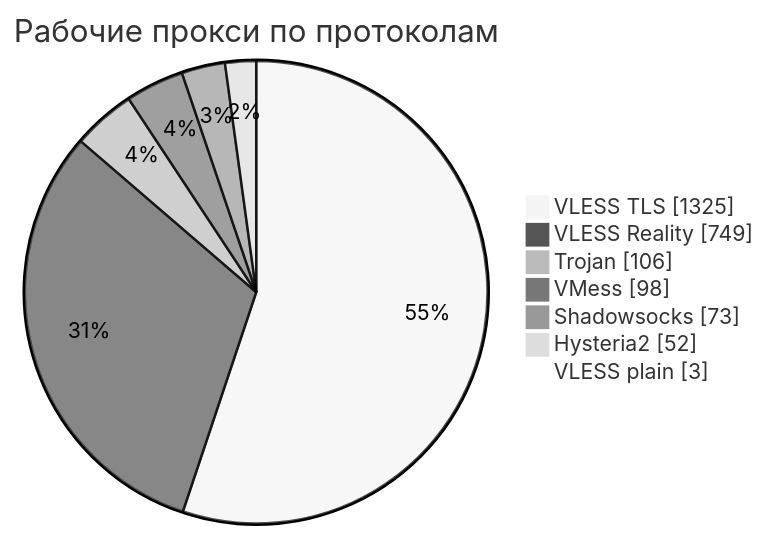
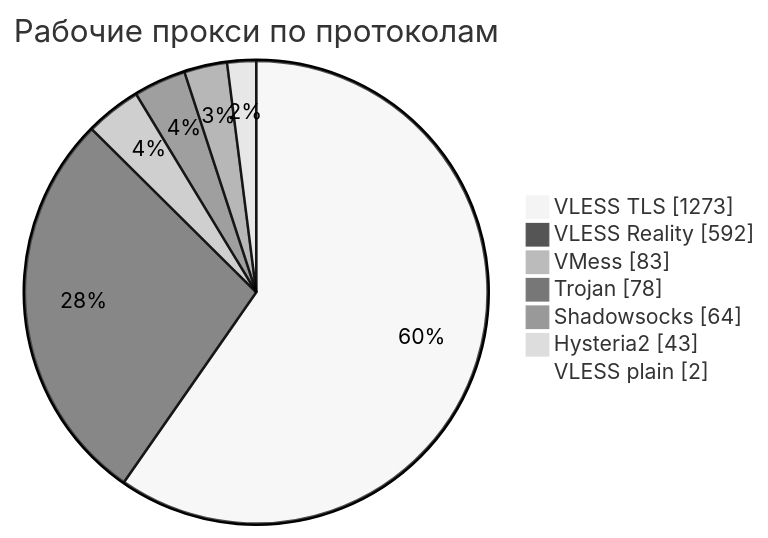
Before and after one commit to rvvg/proxy-subs: the third of 4 diagrams in README.md, drawn with Mermaid (neutral theme). The commit also changed other lines of this file and 57 other files, not shown here.

````diff
--- a/README.md
+++ b/README.md
@@ -146,11 +140,11 @@
 ```mermaid
 pie showData
     title Рабочие прокси по протоколам
-    "VLESS TLS" : 1325
-    "VLESS Reality" : 749
-    "Trojan" : 106
-    "VMess" : 98
-    "Shadowsocks" : 73
-    "Hysteria2" : 52
-    "VLESS plain" : 3
+    "VLESS TLS" : 1273
+    "VLESS Reality" : 592
+    "VMess" : 83
+    "Trojan" : 78
+    "Shadowsocks" : 64
+    "Hysteria2" : 43
+    "VLESS plain" : 2
 ```
````
